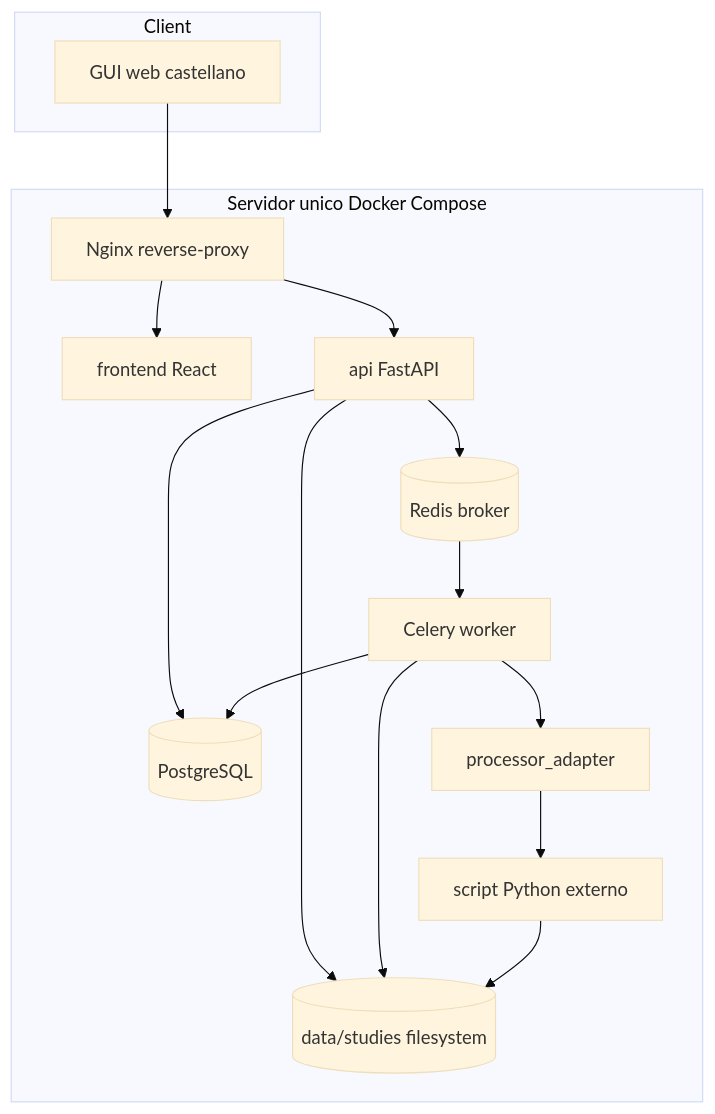
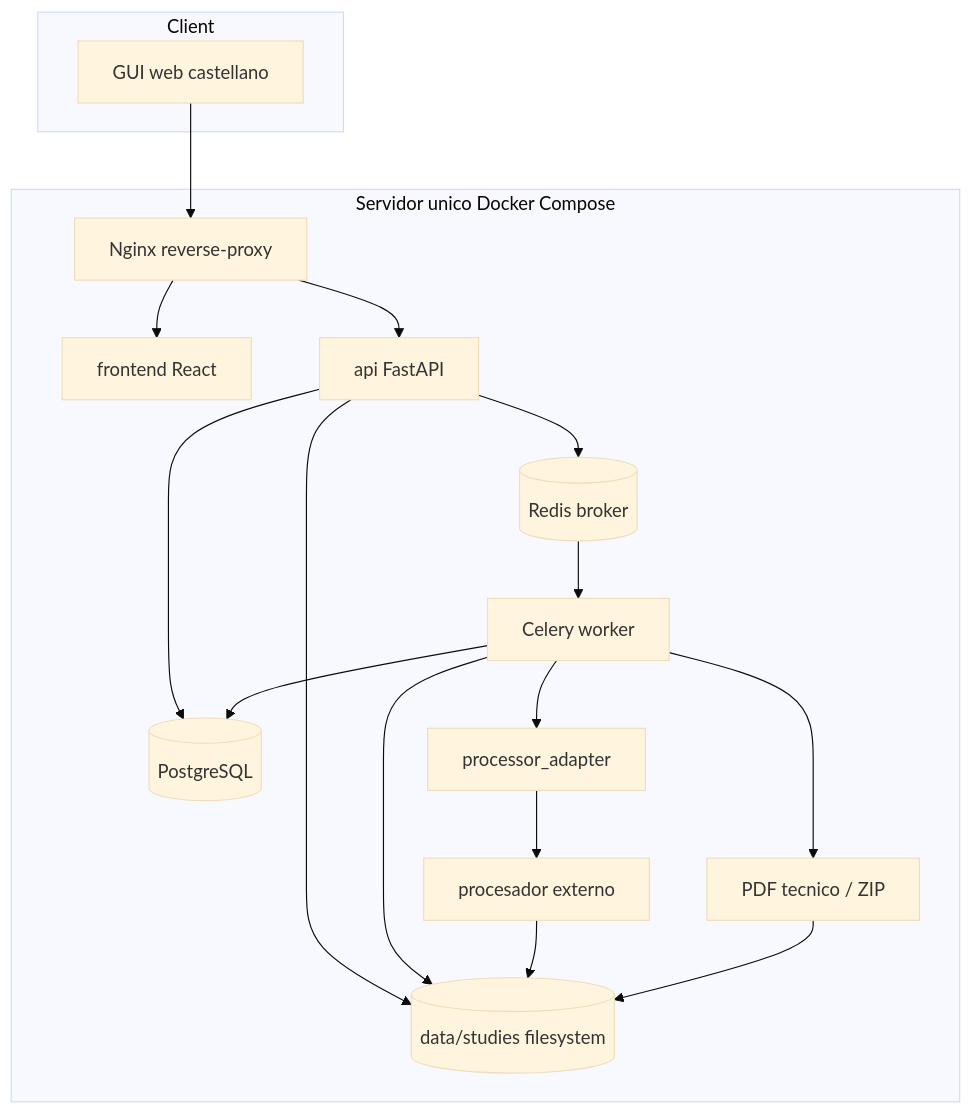
Before and after one commit to suhartx/neuroimagen-server-biocruces: the first of 4 diagrams in docs/architecture.md, drawn with Mermaid (base theme). The commit also changed other lines of this file and 38 other files, not shown here.

````diff
--- a/docs/architecture.md
+++ b/docs/architecture.md
@@ -5,29 +5,32 @@
 ```mermaid
 flowchart TB
   subgraph Client
     Browser[GUI web castellano]
   end
   subgraph DockerHost[Servidor unico Docker Compose]
     Proxy[Nginx reverse-proxy]
     Frontend[frontend React]
     API[api FastAPI]
     DB[(PostgreSQL)]
     Redis[(Redis broker)]
     Worker[Celery worker]
     Adapter[processor_adapter]
-    Script[script Python externo]
+    Script[procesador externo]
+    Artifacts[PDF tecnico / ZIP]
     Storage[(data/studies filesystem)]
   end
   Browser --> Proxy
   Proxy --> Frontend
   Proxy --> API
   API --> DB
   API --> Storage
   API --> Redis
   Redis --> Worker
   Worker --> DB
   Worker --> Storage
   Worker --> Adapter
   Adapter --> Script
   Script --> Storage
+  Worker --> Artifacts
+  Artifacts --> Storage
 ```
````
